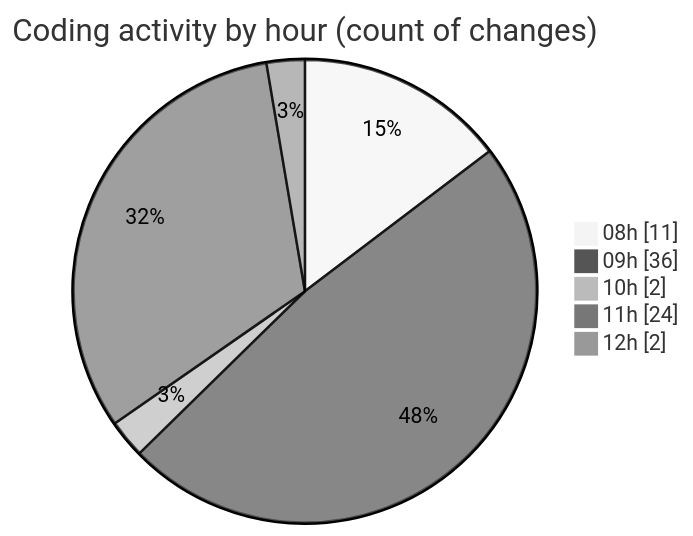
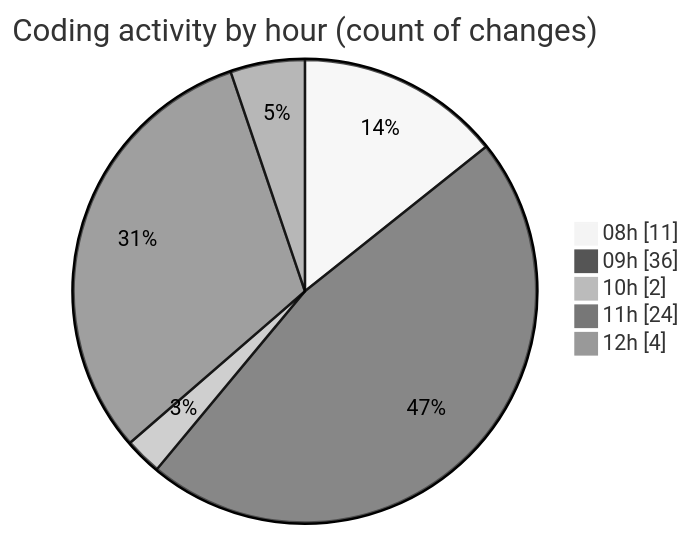
One commit to MatusMokan/code-tracking changed the second of 2 diagrams in 2025-11-15/untitled__workspace_/README.md. Above: the diagram before and after it, drawn with Mermaid (neutral theme). The commit also changed other lines of this file and 1 other file, not shown here.

````diff
--- a/2025-11-15/untitled__workspace_/README.md
+++ b/2025-11-15/untitled__workspace_/README.md
@@ -38,9 +38,9 @@
 ```mermaid
 pie showData
 title Coding activity by hour (count of changes)
 "08h" : 11
 "09h" : 36
 "10h" : 2
 "11h" : 24
-"12h" : 2
+"12h" : 4
 ```
````
